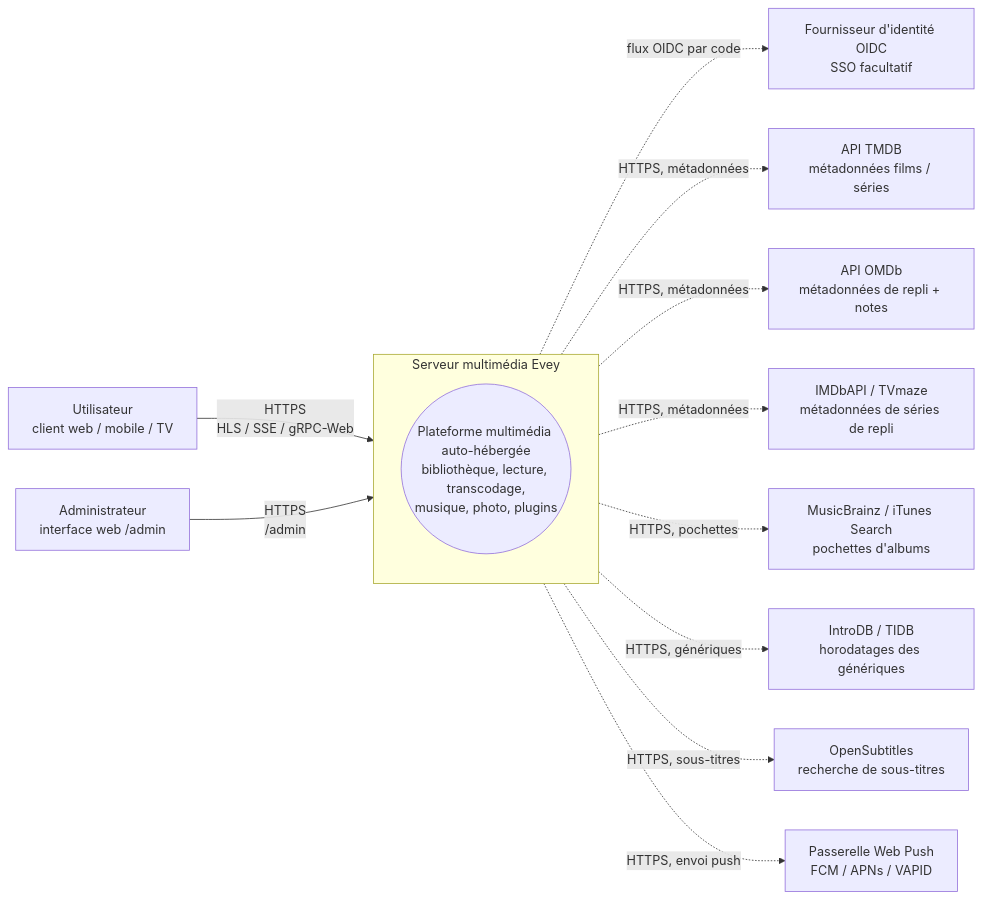
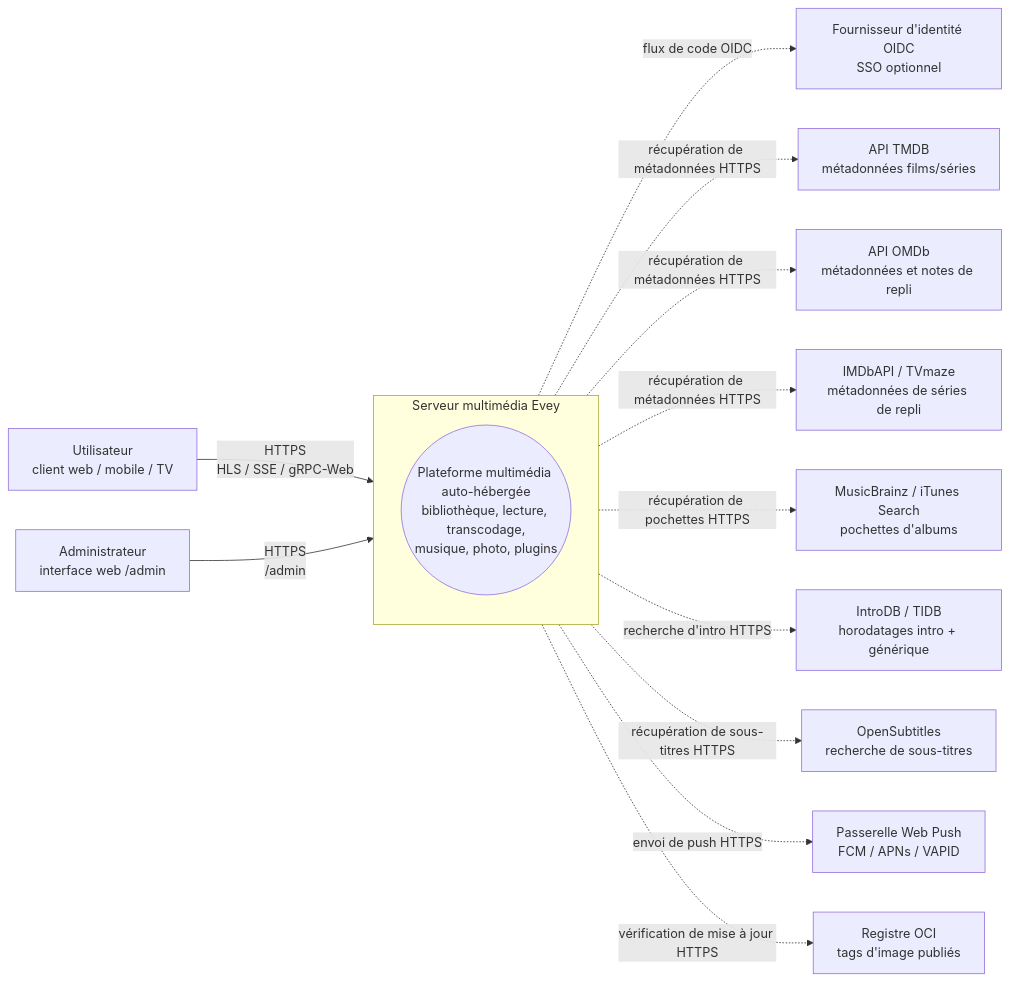
The second of 5 diagrams in wiki/translations/fr/ARCHITECTURE.md (eveyproject/evey), drawn with Mermaid before and after one commit. The commit also changed other lines of this file and 121 other files, not shown here.

````diff
--- a/wiki/translations/fr/ARCHITECTURE.md
+++ b/wiki/translations/fr/ARCHITECTURE.md
@@ -213,28 +178,30 @@
 ```mermaid
 flowchart LR
     user[Utilisateur<br/>client web / mobile / TV]
     admin[Administrateur<br/>interface web /admin]
-    oidc[Fournisseur d'identité OIDC<br/>SSO facultatif]
-    tmdb[API TMDB<br/>métadonnées films / séries]
-    omdb[API OMDb<br/>métadonnées de repli + notes]
+    oidc[Fournisseur d'identité OIDC<br/>SSO optionnel]
+    tmdb[API TMDB<br/>métadonnées films/séries]
+    omdb[API OMDb<br/>métadonnées et notes de repli]
     imdb[IMDbAPI / TVmaze<br/>métadonnées de séries de repli]
     art[MusicBrainz / iTunes Search<br/>pochettes d'albums]
-    introdb[IntroDB / TIDB<br/>horodatages des génériques]
+    introdb[IntroDB / TIDB<br/>horodatages intro + générique]
     opensubs[OpenSubtitles<br/>recherche de sous-titres]
     webpush[Passerelle Web Push<br/>FCM / APNs / VAPID]
+    registry[Registre OCI<br/>tags d'image publiés]
 
     subgraph evey[Serveur multimédia Evey]
         core((Plateforme multimédia auto-hébergée<br/>bibliothèque, lecture, transcodage,<br/>musique, photo, plugins))
     end
 
     user -->|HTTPS<br/>HLS / SSE / gRPC-Web| evey
     admin -->|HTTPS<br/>/admin| evey
-    evey -.->|flux OIDC par code| oidc
-    evey -.->|HTTPS, métadonnées| tmdb
-    evey -.->|HTTPS, métadonnées| omdb
-    evey -.->|HTTPS, métadonnées| imdb
-    evey -.->|HTTPS, pochettes| art
-    evey -.->|HTTPS, génériques| introdb
-    evey -.->|HTTPS, sous-titres| opensubs
-    evey -.->|HTTPS, envoi push| webpush
+    evey -.->|flux de code OIDC| oidc
+    evey -.->|récupération de métadonnées HTTPS| tmdb
+    evey -.->|récupération de métadonnées HTTPS| omdb
+    evey -.->|récupération de métadonnées HTTPS| imdb
+    evey -.->|récupération de pochettes HTTPS| art
+    evey -.->|recherche d'intro HTTPS| introdb
+    evey -.->|récupération de sous-titres HTTPS| opensubs
+    evey -.->|envoi de push HTTPS| webpush
+    evey -.->|vérification de mise à jour HTTPS| registry
 ```
````
